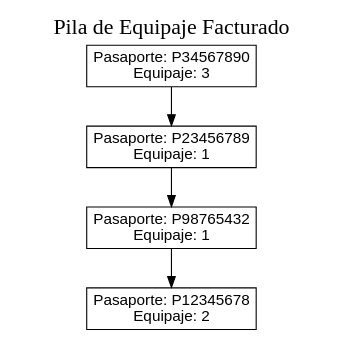
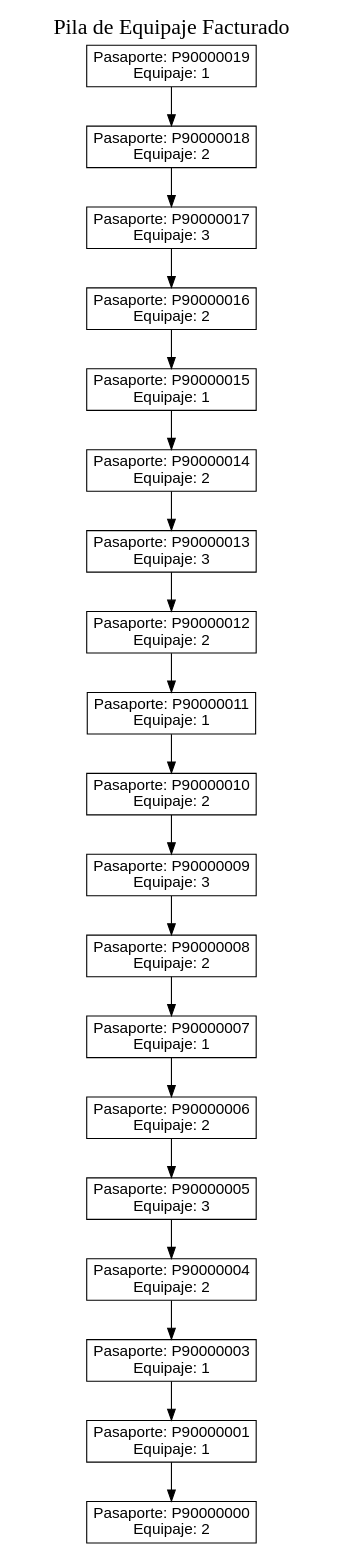
The diagram in src/pila_equipaje.dot (natstyles/202400111_EDD_Proyecto), drawn with Graphviz before and after one commit. The commit also changed 17 other files, not shown here.

```diff
--- a/src/pila_equipaje.dot
+++ b/src/pila_equipaje.dot
@@ -1,11 +1,26 @@
 digraph G {
 rankdir=TB;
 labelloc="t";
 label="Pila de Equipaje Facturado";
 fontsize=20;
 node [shape=box, fontname="Arial"];
-"Pasaporte: P34567890\nEquipaje: 3" -> "Pasaporte: P23456789\nEquipaje: 1";
-"Pasaporte: P23456789\nEquipaje: 1" -> "Pasaporte: P98765432\nEquipaje: 1";
-"Pasaporte: P98765432\nEquipaje: 1" -> "Pasaporte: P12345678\nEquipaje: 2";
-"Pasaporte: P12345678\nEquipaje: 2";
+"Pasaporte: P90000019\nEquipaje: 1" -> "Pasaporte: P90000018\nEquipaje: 2";
+"Pasaporte: P90000018\nEquipaje: 2" -> "Pasaporte: P90000017\nEquipaje: 3";
+"Pasaporte: P90000017\nEquipaje: 3" -> "Pasaporte: P90000016\nEquipaje: 2";
+"Pasaporte: P90000016\nEquipaje: 2" -> "Pasaporte: P90000015\nEquipaje: 1";
+"Pasaporte: P90000015\nEquipaje: 1" -> "Pasaporte: P90000014\nEquipaje: 2";
+"Pasaporte: P90000014\nEquipaje: 2" -> "Pasaporte: P90000013\nEquipaje: 3";
+"Pasaporte: P90000013\nEquipaje: 3" -> "Pasaporte: P90000012\nEquipaje: 2";
+"Pasaporte: P90000012\nEquipaje: 2" -> "Pasaporte: P90000011\nEquipaje: 1";
+"Pasaporte: P90000011\nEquipaje: 1" -> "Pasaporte: P90000010\nEquipaje: 2";
+"Pasaporte: P90000010\nEquipaje: 2" -> "Pasaporte: P90000009\nEquipaje: 3";
+"Pasaporte: P90000009\nEquipaje: 3" -> "Pasaporte: P90000008\nEquipaje: 2";
+"Pasaporte: P90000008\nEquipaje: 2" -> "Pasaporte: P90000007\nEquipaje: 1";
+"Pasaporte: P90000007\nEquipaje: 1" -> "Pasaporte: P90000006\nEquipaje: 2";
+"Pasaporte: P90000006\nEquipaje: 2" -> "Pasaporte: P90000005\nEquipaje: 3";
+"Pasaporte: P90000005\nEquipaje: 3" -> "Pasaporte: P90000004\nEquipaje: 2";
+"Pasaporte: P90000004\nEquipaje: 2" -> "Pasaporte: P90000003\nEquipaje: 1";
+"Pasaporte: P90000003\nEquipaje: 1" -> "Pasaporte: P90000001\nEquipaje: 1";
+"Pasaporte: P90000001\nEquipaje: 1" -> "Pasaporte: P90000000\nEquipaje: 2";
+"Pasaporte: P90000000\nEquipaje: 2";
 }
```
